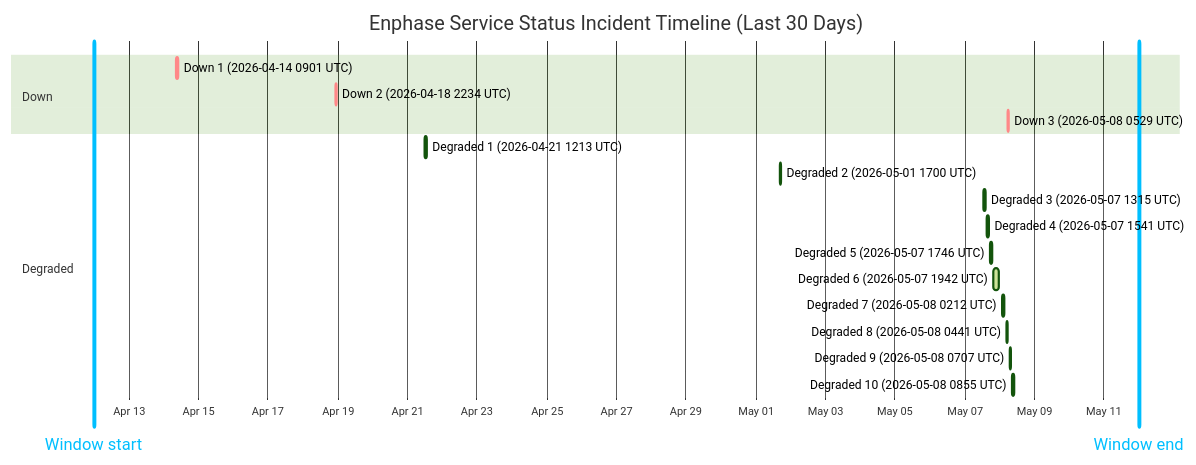
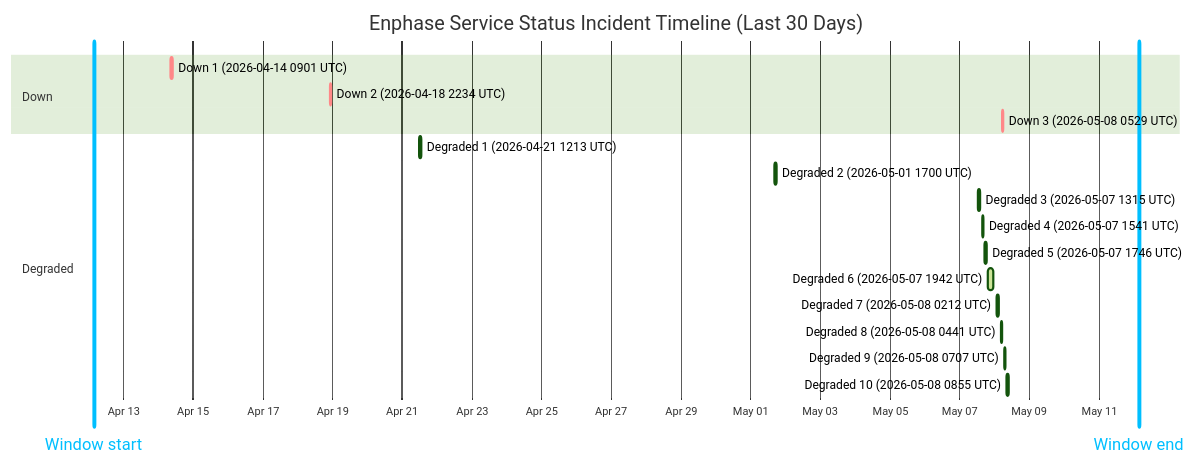
One commit to barneyonline/ha-enphase-ev-charger changed the diagram in wiki/Service-Status-History.md. Above: the diagram before and after it, drawn with Mermaid (forest theme). The commit also changed other lines of this file and 3 other files, not shown here.

````diff
--- a/wiki/Service-Status-History.md
+++ b/wiki/Service-Status-History.md
@@ -14,23 +14,23 @@
 ```mermaid
 gantt
     title Enphase Service Status Incident Timeline (Last 30 Days)
     dateFormat  YYYY-MM-DDTHH:mm:ss
     axisFormat  %b %d
-    Window start :vert, window-start, 2026-04-11T23:57:04, 0ms
-    Window end :vert, window-end, 2026-05-11T23:57:04, 0ms
+    Window start :vert, window-start, 2026-04-12T03:38:21, 0ms
+    Window end :vert, window-end, 2026-05-12T03:38:21, 0ms
     section Down
     Down 1 (2026-04-14 0901 UTC) :crit, down-1, 2026-04-14T09:01:13, 60m
     Down 2 (2026-04-18 2234 UTC) :crit, down-2, 2026-04-18T22:34:13, 60m
     Down 3 (2026-05-08 0529 UTC) :crit, down-3, 2026-05-08T05:29:47, 60m
     section Degraded
     Degraded 1 (2026-04-21 1213 UTC) :active, degraded-1, 2026-04-21T12:13:11, 60m
     Degraded 2 (2026-05-01 1700 UTC) :active, degraded-2, 2026-05-01T17:00:22, 60m
     Degraded 3 (2026-05-07 1315 UTC) :active, degraded-3, 2026-05-07T13:15:25, 60m
     Degraded 4 (2026-05-07 1541 UTC) :active, degraded-4, 2026-05-07T15:41:58, 60m
     Degraded 5 (2026-05-07 1746 UTC) :active, degraded-5, 2026-05-07T17:46:51, 60m
     Degraded 6 (2026-05-07 1942 UTC) :active, degraded-6, 2026-05-07T19:42:10, 249m
     Degraded 7 (2026-05-08 0212 UTC) :active, degraded-7, 2026-05-08T02:12:39, 60m
     Degraded 8 (2026-05-08 0441 UTC) :active, degraded-8, 2026-05-08T04:41:46, 60m
     Degraded 9 (2026-05-08 0707 UTC) :active, degraded-9, 2026-05-08T07:07:30, 60m
     Degraded 10 (2026-05-08 0855 UTC) :active, degraded-10, 2026-05-08T08:55:20, 88m
 ```
````
